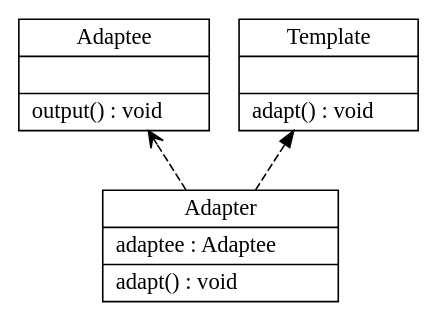
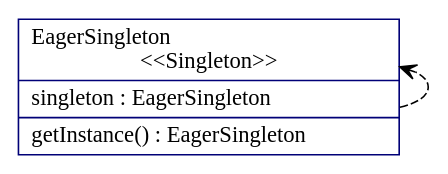
One commit to chinchalupa/CSSE374-Project changed the diagram in input_output/new_file.dot. Above: the diagram before and after it, drawn with Graphviz. The commit also changed 39 other files, not shown here.

```diff
--- a/input_output/new_file.dot
+++ b/input_output/new_file.dot
@@ -1,17 +1,11 @@
 digraph G {
 
 fontname = "Bitstream Vera Sans"
 fontsize = 8
 rankdir=BT
 
-node [shape = "record" color = "#000000"]
-ClassTAdaptee [label = "{Adaptee||output() : void\l}"]
-node [shape = "record" color = "#000000"]
-ClassTAdapter [label = "{Adapter|adaptee : Adaptee\l|adapt() : void\l}"]
-node [shape = "record" color = "#000000"]
-ClassTTemplate [label = "{Template||adapt() : void\l}"]
-edge [arrowhead = "normal" style = "dashed" ]
-ClassTAdapter -> ClassTTemplate
+node [shape = "record" color = "#000077"]
+ClassTEagerSingleton [label = "{EagerSingleton\l\<\<Singleton\>\>|singleton : EagerSingleton\l|getInstance() : EagerSingleton\l}"]
 edge [arrowhead = "vee" style = "dashed" ]
-ClassTAdapter -> ClassTAdaptee
+ClassTEagerSingleton -> ClassTEagerSingleton
 }
```
